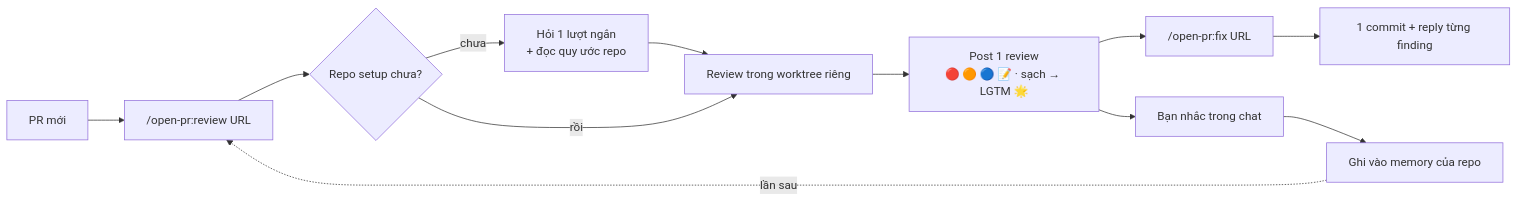
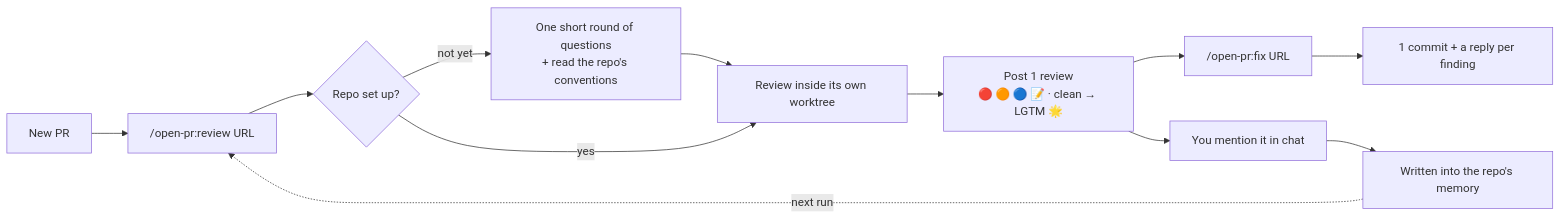
Before and after one commit to TOMOSIA-VIETNAM/open-pr: the first of 3 diagrams in README.md, drawn with Mermaid. The commit also changed other lines of this file and 4 other files, not shown here.

````diff
--- a/README.md
+++ b/README.md
@@ -44,12 +45,12 @@
 ```mermaid
 flowchart LR
-  A[PR mới] --> B["/open-pr:review URL"]
-  B --> C{Repo setup chưa?}
-  C -- chưa --> D["Hỏi 1 lượt ngắn<br/>+ đọc quy ước repo"]
-  D --> E[Review trong worktree riêng]
-  C -- rồi --> E
-  E --> F["Post 1 review<br/>🔴 🟠 🔵 📝 · sạch → LGTM 🌟"]
-  F --> G["/open-pr:fix URL"] --> H["1 commit + reply từng finding"]
-  F --> I["Bạn nhắc trong chat"] --> J["Ghi vào memory của repo"]
-  J -. lần sau .-> B
+  A[New PR] --> B["/open-pr:review URL"]
+  B --> C{Repo set up?}
+  C -- not yet --> D["One short round of questions<br/>+ read the repo's conventions"]
+  D --> E[Review inside its own worktree]
+  C -- yes --> E
+  E --> F["Post 1 review<br/>🔴 🟠 🔵 📝 · clean → LGTM 🌟"]
+  F --> G["/open-pr:fix URL"] --> H["1 commit + a reply per finding"]
+  F --> I["You mention it in chat"] --> J["Written into the repo's memory"]
+  J -. next run .-> B
 ```
````
